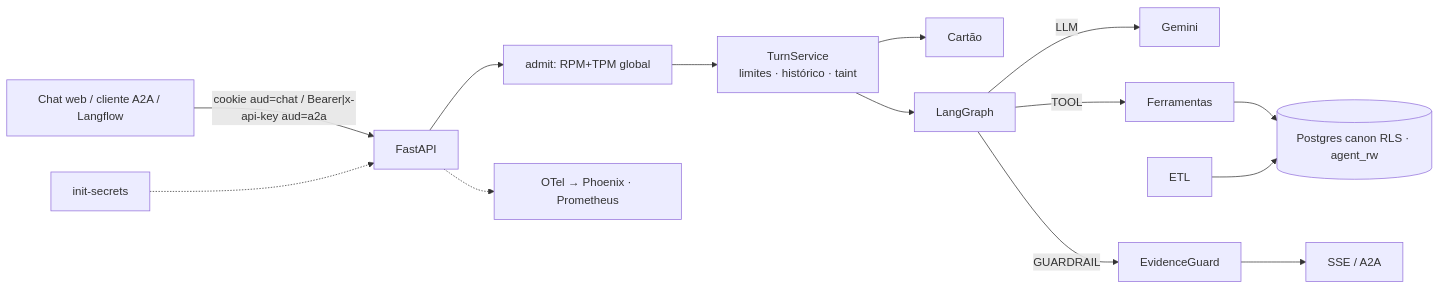
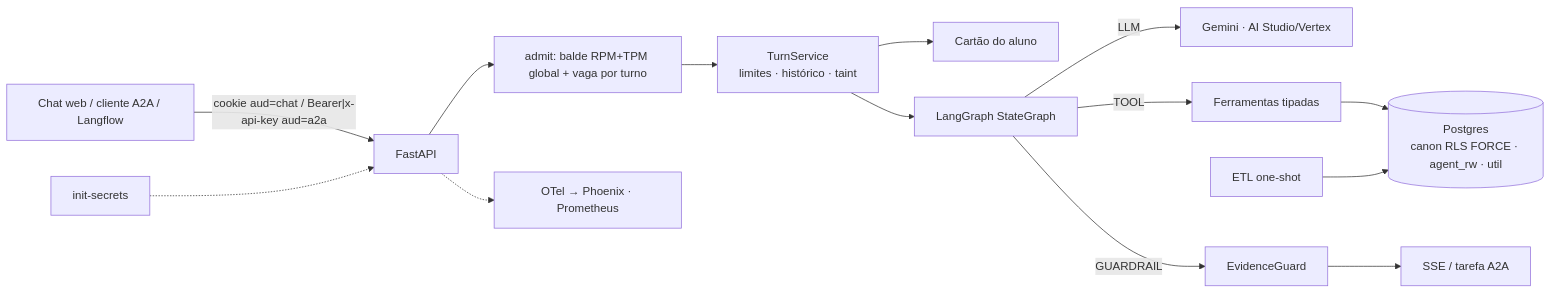
The diagram in docs/superpowers/specs/2026-11-03-agente-atendimento-aluno-design.md (MiguelSanzBr/student-agent), drawn with Mermaid before and after one commit. The commit also changed other lines of this file and 1 other file, not shown here.

````diff
--- a/docs/superpowers/specs/2026-11-03-agente-atendimento-aluno-design.md
+++ b/docs/superpowers/specs/2026-11-03-agente-atendimento-aluno-design.md
@@ -122,14 +130,14 @@
 ```mermaid
 flowchart LR
   U[Chat web / cliente A2A / Langflow] -- "cookie aud=chat / Bearer|x-api-key aud=a2a" --> API[FastAPI]
-  API --> ADM[admit: RPM+TPM global]
+  API --> ADM[admit: balde RPM+TPM global + vaga por turno]
   ADM --> TS[TurnService<br/>limites · histórico · taint]
-  TS --> CARD[Cartão]
-  TS --> G[LangGraph]
-  G -->|LLM| GEM[Gemini]
-  G -->|TOOL| T[Ferramentas] --> PG[(Postgres canon RLS · agent_rw)]
-  G -->|GUARDRAIL| EG[EvidenceGuard] --> OUT[SSE / A2A]
+  TS --> CARD[Cartão do aluno]
+  TS --> G[LangGraph StateGraph]
+  G -->|LLM| GEM[Gemini · AI Studio/Vertex]
+  G -->|TOOL| T[Ferramentas tipadas] --> PG[(Postgres<br/>canon RLS FORCE · agent_rw · util)]
+  G -->|GUARDRAIL| EG[EvidenceGuard] --> OUT[SSE / tarefa A2A]
   API -.-> OBS[OTel → Phoenix · Prometheus]
   SEC[init-secrets] -.-> API
-  ETL[ETL] --> PG
+  ETL[ETL one-shot] --> PG
 ```
````
